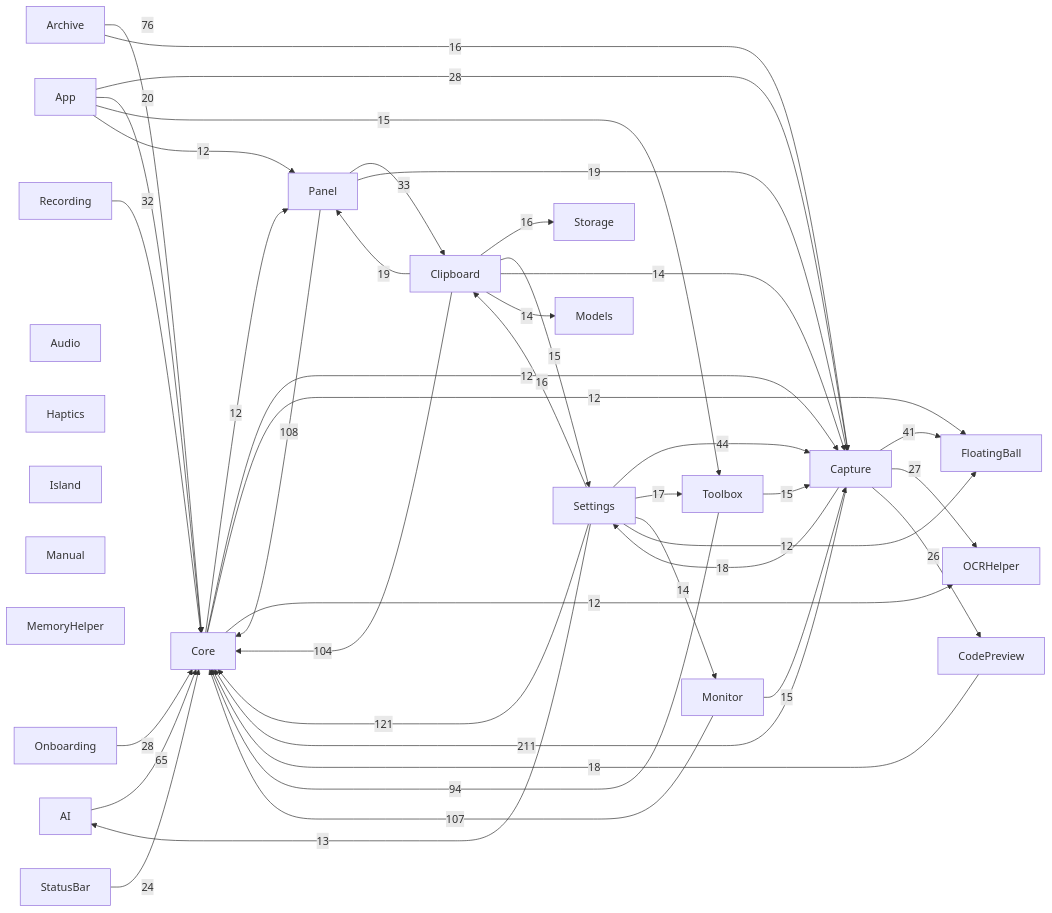
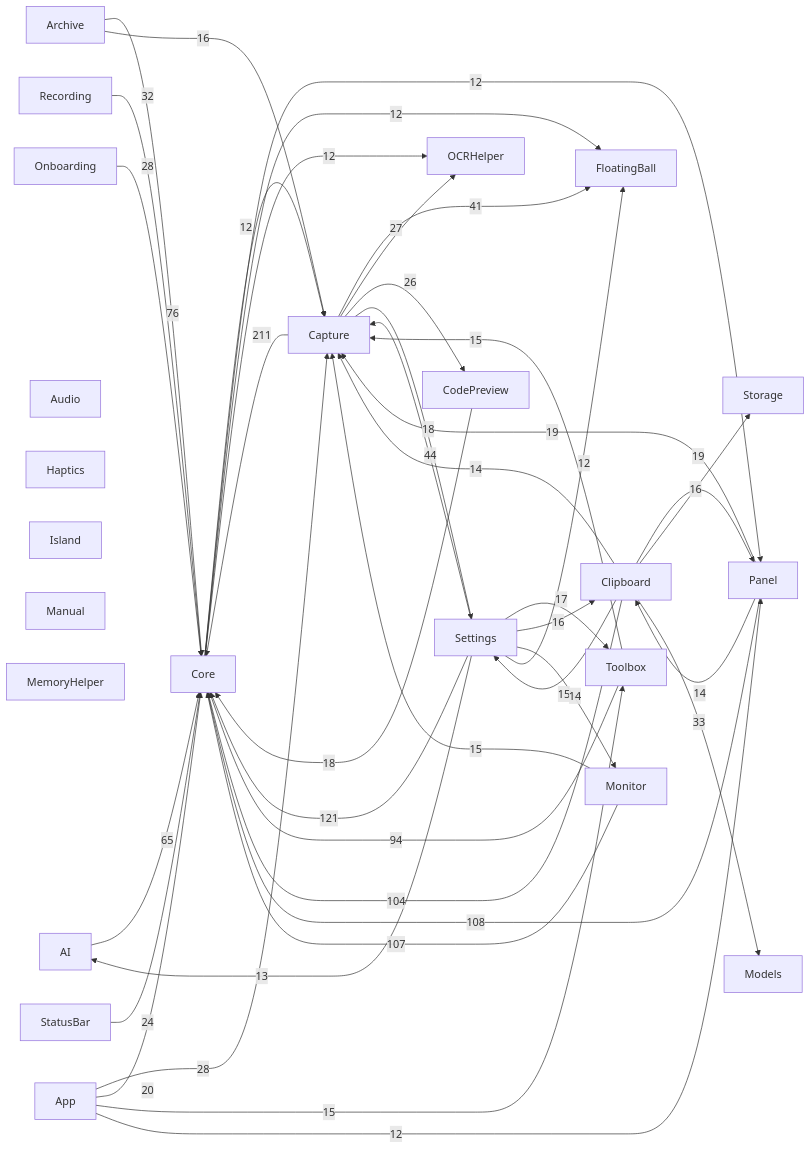
One commit to sxyq/Kitnest changed the diagram in docs/00-总览/模块依赖图.md. Above: the diagram before and after it, drawn with Mermaid. The commit also changed other lines of this file and 1 other file, not shown here.

First line of the commit message:
perf(capture): 串行化截图美化渲染

````diff
--- a/docs/00-总览/模块依赖图.md
+++ b/docs/00-总览/模块依赖图.md
@@ -37,66 +37,66 @@
 ```mermaid
 flowchart LR
   M0["AI"]
   M1["App"]
   M2["Archive"]
   M3["Audio"]
   M4["Capture"]
   M5["Clipboard"]
   M6["CodePreview"]
   M7["Core"]
   M8["FloatingBall"]
   M9["Haptics"]
   M10["Island"]
   M11["Manual"]
   M12["MemoryHelper"]
   M13["Models"]
   M14["Monitor"]
   M15["OCRHelper"]
   M16["Onboarding"]
   M17["Panel"]
   M18["Recording"]
   M19["Settings"]
   M20["StatusBar"]
   M21["Storage"]
   M22["Toolbox"]
   M4 -->|211| M7
   M19 -->|121| M7
   M17 -->|108| M7
   M14 -->|107| M7
   M5 -->|104| M7
   M22 -->|94| M7
   M2 -->|76| M7
   M0 -->|65| M7
   M19 -->|44| M4
   M4 -->|41| M8
   M17 -->|33| M5
   M18 -->|32| M7
   M1 -->|28| M4
   M16 -->|28| M7
   M4 -->|27| M15
   M4 -->|26| M6
   M20 -->|24| M7
   M1 -->|20| M7
   M17 -->|19| M4
   M5 -->|19| M17
   M4 -->|18| M19
   M6 -->|18| M7
   M19 -->|17| M22
   M19 -->|16| M5
   M2 -->|16| M4
   M5 -->|16| M21
   M1 -->|15| M22
   M14 -->|15| M4
   M22 -->|15| M4
   M5 -->|15| M19
   M19 -->|14| M14
   M5 -->|14| M4
   M5 -->|14| M13
   M19 -->|13| M0
+  M7 -->|12| M4
   M7 -->|12| M17
-  M7 -->|12| M4
   M7 -->|12| M8
   M7 -->|12| M15
   M1 -->|12| M17
   M19 -->|12| M8
 ```
````
